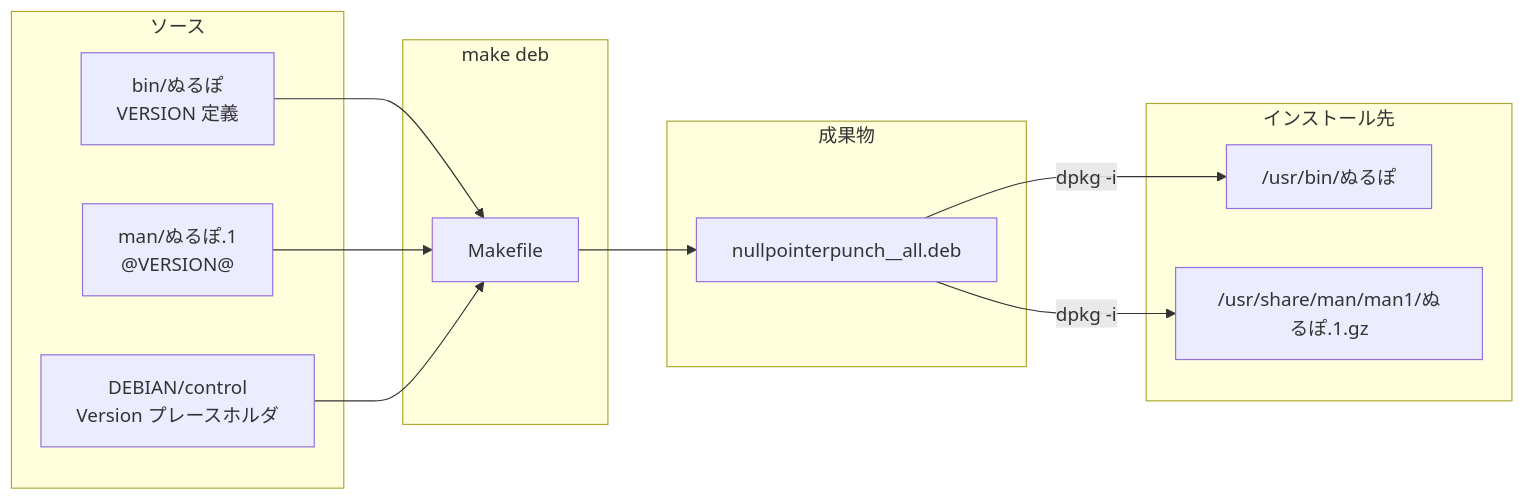
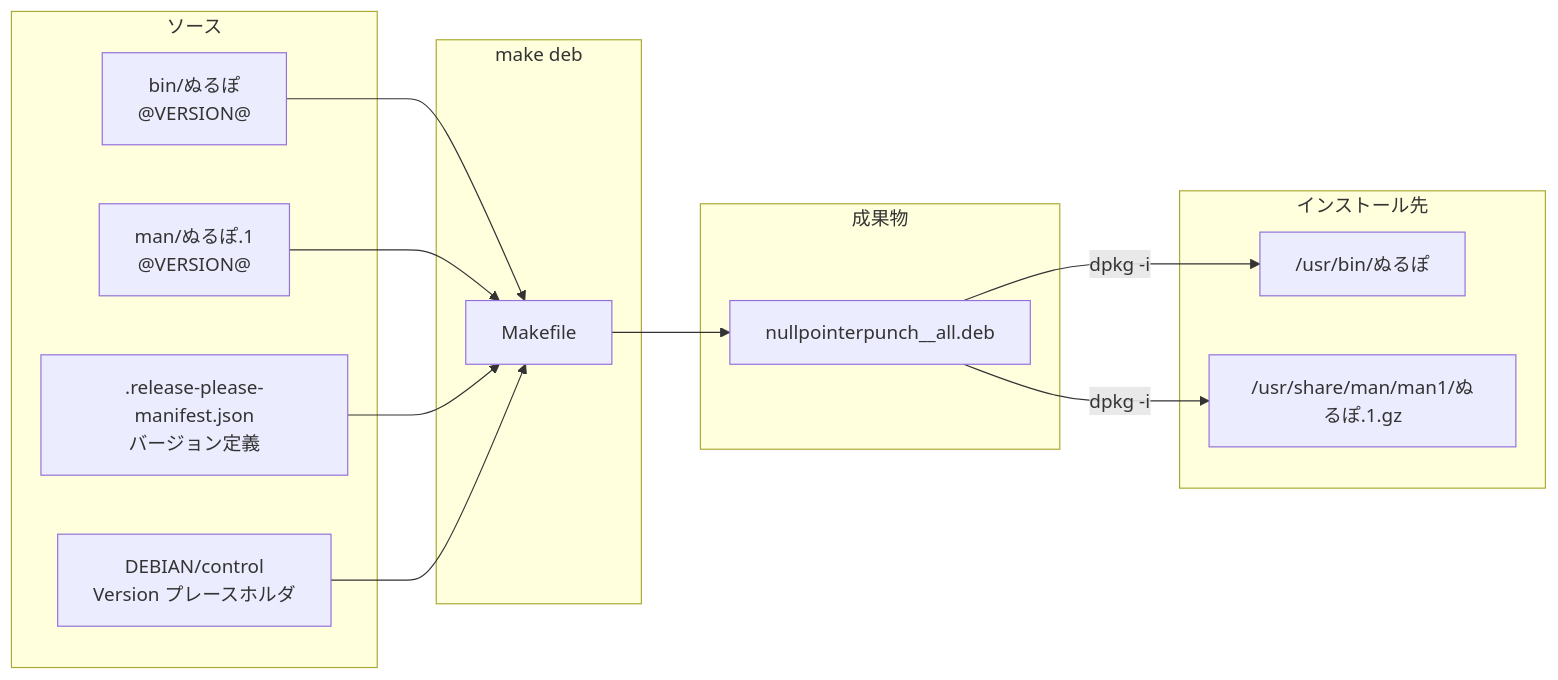
The diagram in docs/SPEC.md (GoldenPoisonedApple/NullPointerExceptionPunch), drawn with Mermaid before and after one commit. The commit also changed other lines of this file and 6 other files, not shown here.

````diff
--- a/docs/SPEC.md
+++ b/docs/SPEC.md
@@ -58,28 +57,30 @@
 ```mermaid
 flowchart LR
     subgraph source [ソース]
-        BIN["bin/ぬるぽ<br/>VERSION 定義"]
+        BIN["bin/ぬるぽ<br/>@VERSION@"]
         MAN["man/ぬるぽ.1<br/>@VERSION@"]
+        MANIFEST[".release-please-manifest.json<br/>バージョン定義"]
         CTRL["DEBIAN/control<br/>Version プレースホルダ"]
     end
 
     subgraph build [make deb]
         MK["Makefile"]
     end
 
     subgraph artifact [成果物]
         DEB["nullpointerpunch_<version>_all.deb"]
     end
 
     subgraph installed [インストール先]
         USRBIN["/usr/bin/ぬるぽ"]
         MAN1["/usr/share/man/man1/ぬるぽ.1.gz"]
     end
 
     BIN --> MK
     MAN --> MK
+    MANIFEST --> MK
     CTRL --> MK
     MK --> DEB
     DEB -->|dpkg -i| USRBIN
     DEB -->|dpkg -i| MAN1
 ```
````
